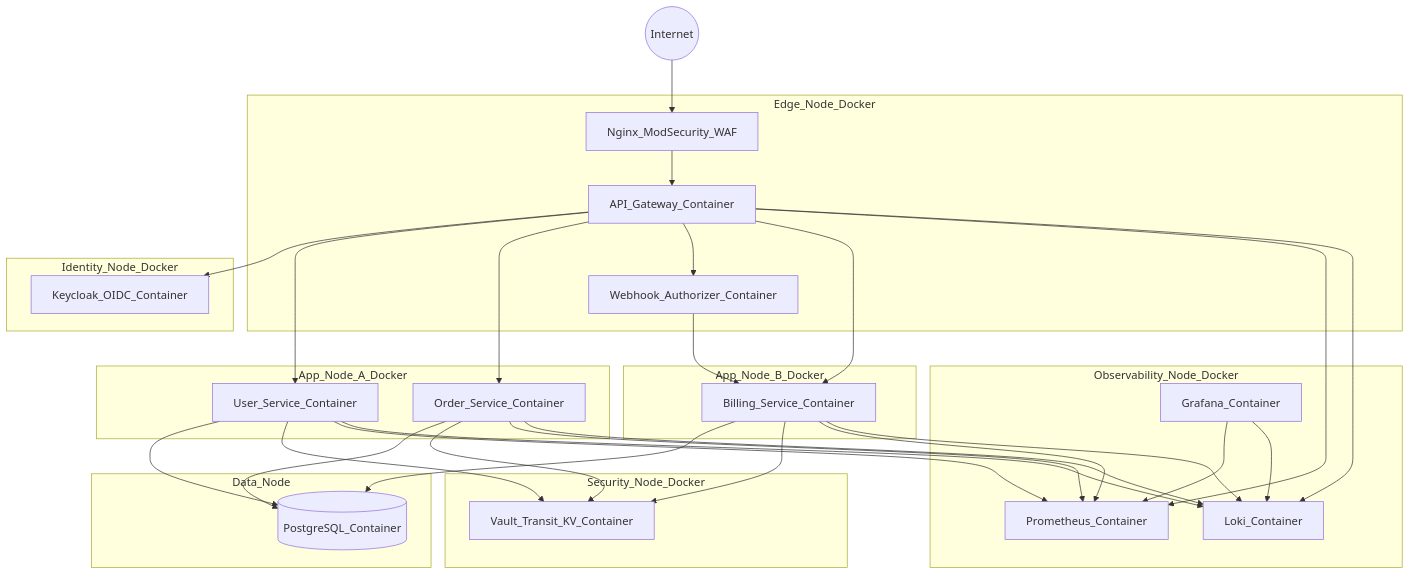
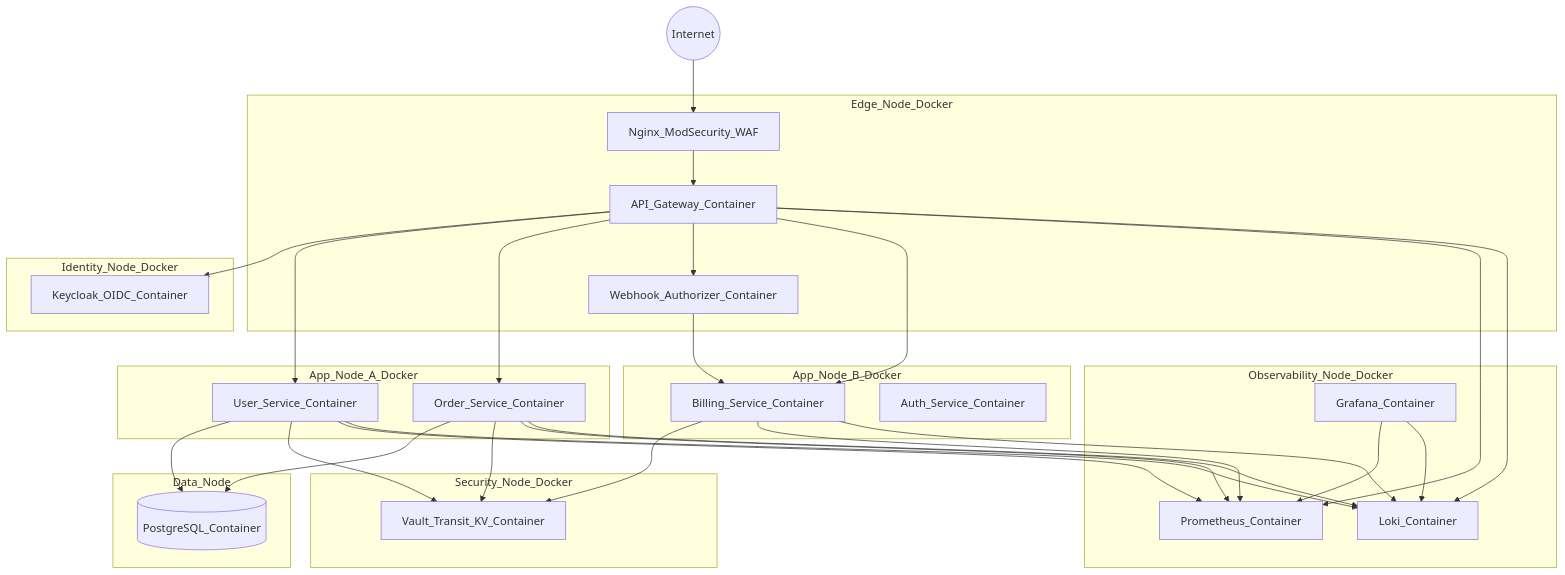
Before and after one commit to ntd4nh/NT219.Q22.ANTT: the third of 7 diagrams in docs/books/Kien-truc-he-thong-NT219.md, drawn with Mermaid. The commit also changed other lines of this file and 25 other files, not shown here.

````diff
--- a/docs/books/Kien-truc-he-thong-NT219.md
+++ b/docs/books/Kien-truc-he-thong-NT219.md
@@ -285,61 +284,61 @@
 ```mermaid
 flowchart TB
   Internet((Internet)) --> EdgeCF
 
   subgraph edgeNode [Edge_Node_Docker]
     EdgeCF[Nginx_ModSecurity_WAF]
     GW[API_Gateway_Container]
     WHA[Webhook_Authorizer_Container]
   end
 
   subgraph idNode [Identity_Node_Docker]
     IdP[Keycloak_OIDC_Container]
   end
 
   subgraph appNodeA [App_Node_A_Docker]
     US[User_Service_Container]
     OS[Order_Service_Container]
   end
 
   subgraph appNodeB [App_Node_B_Docker]
     BS[Billing_Service_Container]
+    AS[Auth_Service_Container]
   end
 
   subgraph dataNode [Data_Node]
     DB[(PostgreSQL_Container)]
   end
 
   subgraph secNode [Security_Node_Docker]
     Vault[Vault_Transit_KV_Container]
   end
 
   subgraph obsNode [Observability_Node_Docker]
     Prom[Prometheus_Container]
     Loki[Loki_Container]
     Grafana[Grafana_Container]
   end
 
   EdgeCF --> GW
   GW --> IdP
   GW --> US
   GW --> OS
   GW --> WHA
   WHA --> BS
   GW --> BS
   US --> DB
   OS --> DB
-  BS --> DB
   US --> Vault
   OS --> Vault
   BS --> Vault
   GW --> Prom
   US --> Prom
   OS --> Prom
   BS --> Prom
   GW --> Loki
   US --> Loki
   OS --> Loki
   BS --> Loki
   Grafana --> Prom
   Grafana --> Loki
 ```
````
